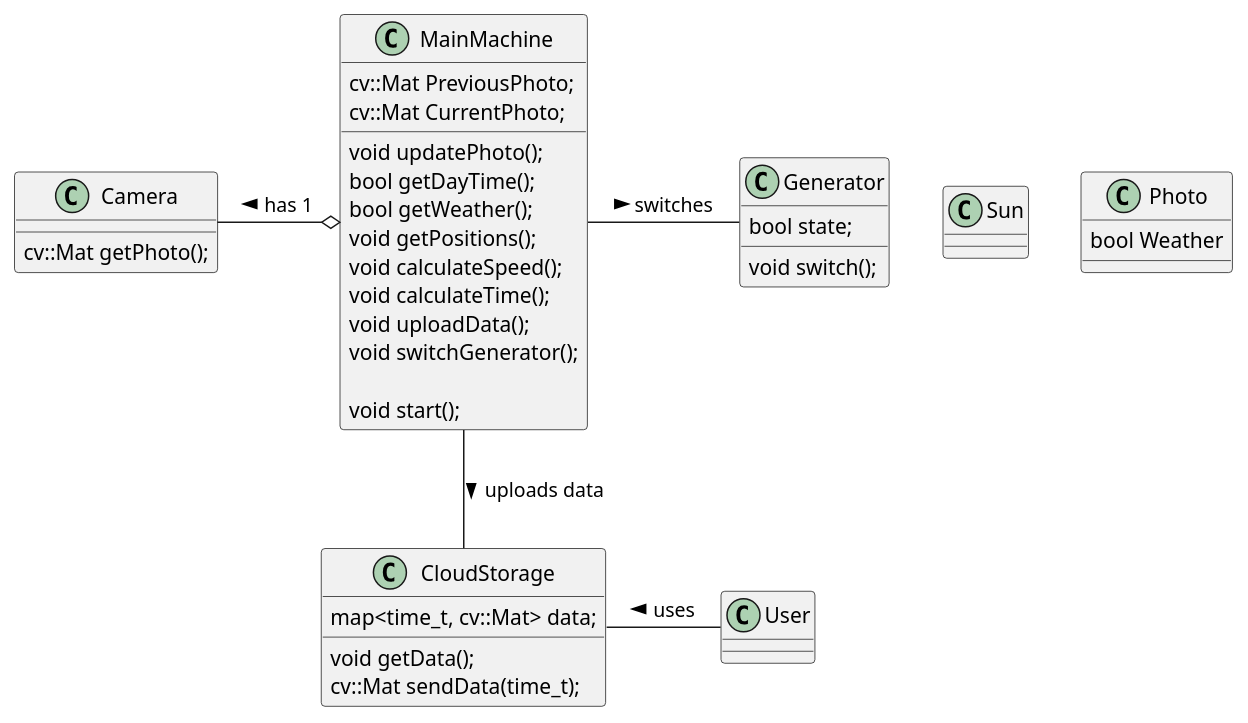
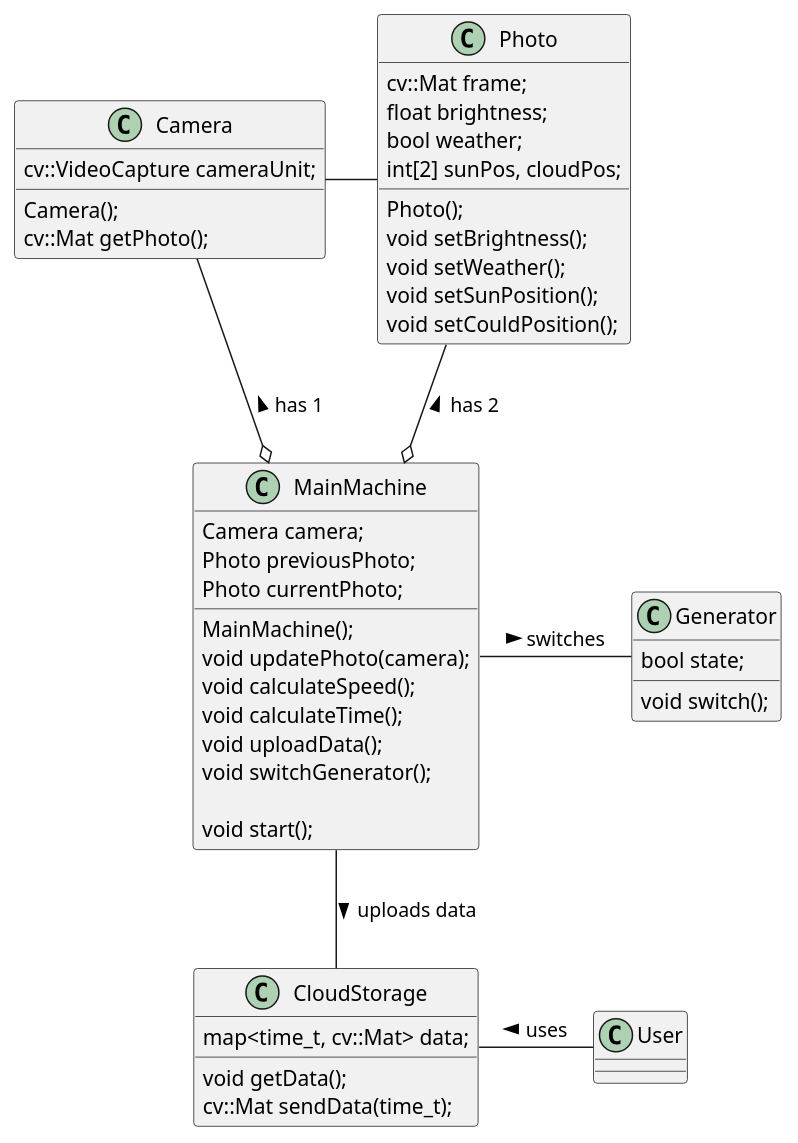
The diagram in Project/doc/classes.pu (fanglores/-), drawn with PlantUML before and after one commit.

```diff
--- a/Project/doc/classes.pu
+++ b/Project/doc/classes.pu
@@ -1,57 +1,63 @@
 @startuml
-
-class Sun
-{
-   
-
-}
 
 class Camera
 {
+   cv::VideoCapture cameraUnit;
+
+   Camera();
    cv::Mat getPhoto();
 }
 
 class Photo
 {
-   bool Weather
+   cv::Mat frame;
+   float brightness;
+   bool weather;
+   int[2] sunPos, cloudPos;
 
+   Photo();
+   void setBrightness();
+   void setWeather();
+   void setSunPosition();
+   void setCouldPosition();
 }
 
 class MainMachine
 {
-   cv::Mat PreviousPhoto;
-   cv::Mat CurrentPhoto;
+   Camera camera;
+   Photo previousPhoto;
+   Photo currentPhoto;
    
-   void updatePhoto();
-   bool getDayTime();
-   bool getWeather();
-   void getPositions();
+   MainMachine();
+   void updatePhoto(camera);
    void calculateSpeed();
    void calculateTime();
    void uploadData();
    void switchGenerator();
 
    void start();
 }
 
 class Generator
 {
    bool state;
 
    void switch();
 }
 
 class CloudStorage
 {
   map<time_t, cv::Mat> data;
 
   void getData();
   cv::Mat sendData(time_t);
 }
 
 Camera -o MainMachine : has 1 <
+Photo --o MainMachine : has 2 <
+Camera - Photo
 MainMachine - Generator : switches >
 MainMachine -- CloudStorage : uploads data >
 CloudStorage - User: uses <
 
 @enduml
```
